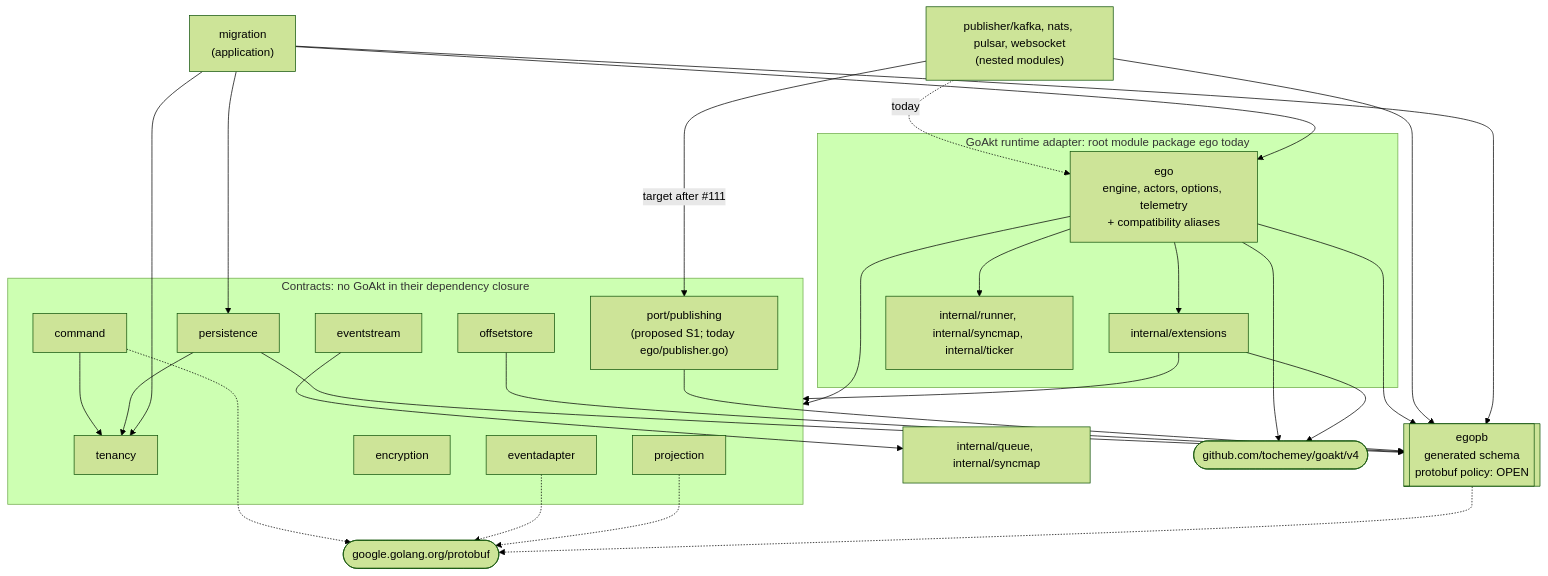
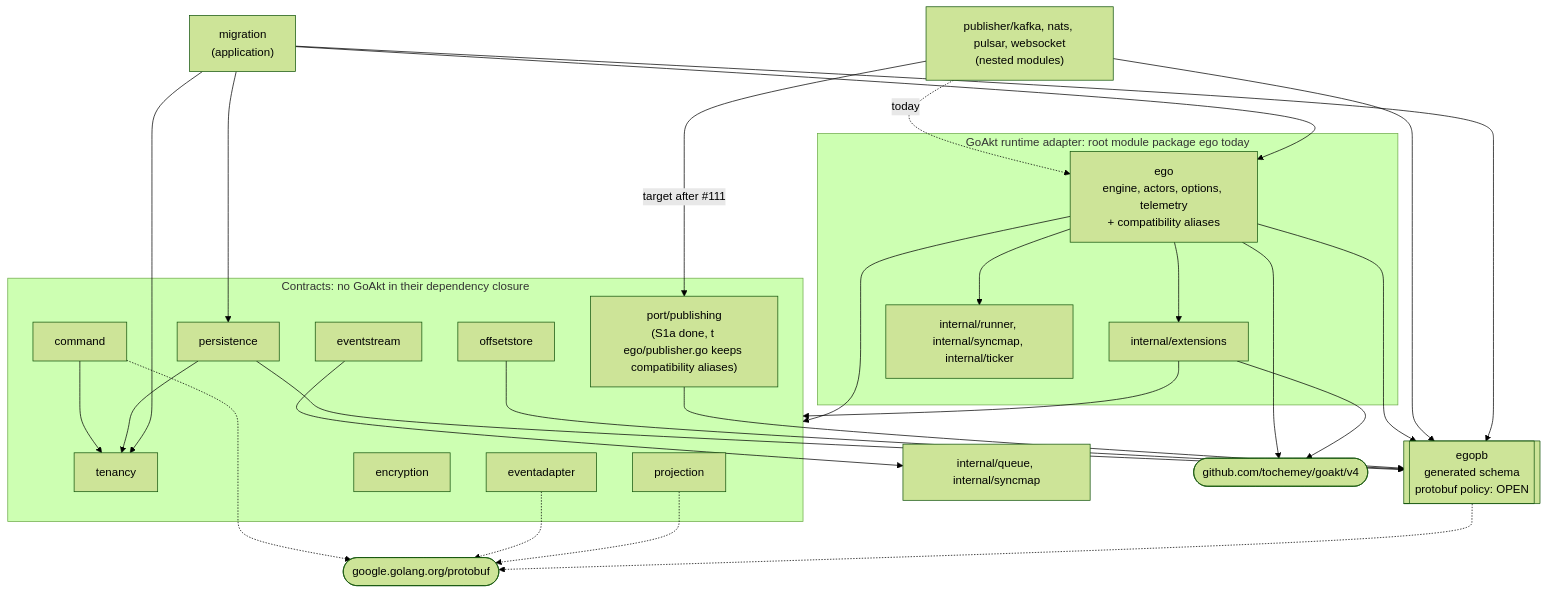
One commit to getsyntegrity/ego changed the diagram in openspec/changes/ego-arch-001/design.md. Above: the diagram before and after it, drawn with Mermaid (forest theme). The commit also changed other lines of this file, not shown here.

````diff
--- a/openspec/changes/ego-arch-001/design.md
+++ b/openspec/changes/ego-arch-001/design.md
@@ -29,54 +29,54 @@
 ```mermaid
 flowchart TB
   subgraph contracts["Contracts: no GoAkt in their dependency closure"]
     tenancy["tenancy"]
     command["command"]
     persistence["persistence"]
     offsetstore["offsetstore"]
-    publishing["port/publishing<br/>(proposed S1; today ego/publisher.go)"]
+    publishing["port/publishing<br/>(S1a done, #116; ego/publisher.go keeps compatibility aliases)"]
     projection["projection"]
     eventstream["eventstream"]
     encryption["encryption"]
     eventadapter["eventadapter"]
   end
 
   egopb[["egopb<br/>generated schema<br/>protobuf policy: OPEN"]]
   pbrt(["google.golang.org/protobuf"])
   utils["internal/queue, internal/syncmap"]
 
   command --> tenancy
   persistence --> tenancy
   persistence --> egopb
   offsetstore --> egopb
   publishing --> egopb
   eventstream --> utils
   command -.-> pbrt
   eventadapter -.-> pbrt
   projection -.-> pbrt
   egopb -.-> pbrt
 
   subgraph runtime["GoAkt runtime adapter: root module package ego today"]
     ego["ego<br/>engine, actors, options, telemetry<br/>+ compatibility aliases"]
     ext["internal/extensions"]
     rutil["internal/runner, internal/syncmap, internal/ticker"]
   end
   goakt(["github.com/tochemey/goakt/v4"])
 
   ego --> contracts
   ego --> egopb
   ego --> ext
   ego --> rutil
   ext --> contracts
   ego --> goakt
   ext --> goakt
 
   pubs["publisher/kafka, nats, pulsar, websocket<br/>(nested modules)"]
   pubs -- "target after #111" --> publishing
   pubs -. "today" .-> ego
   pubs --> egopb
 
   migration["migration<br/>(application)"] --> ego
   migration --> persistence
   migration --> tenancy
   migration --> egopb
 ```
````
